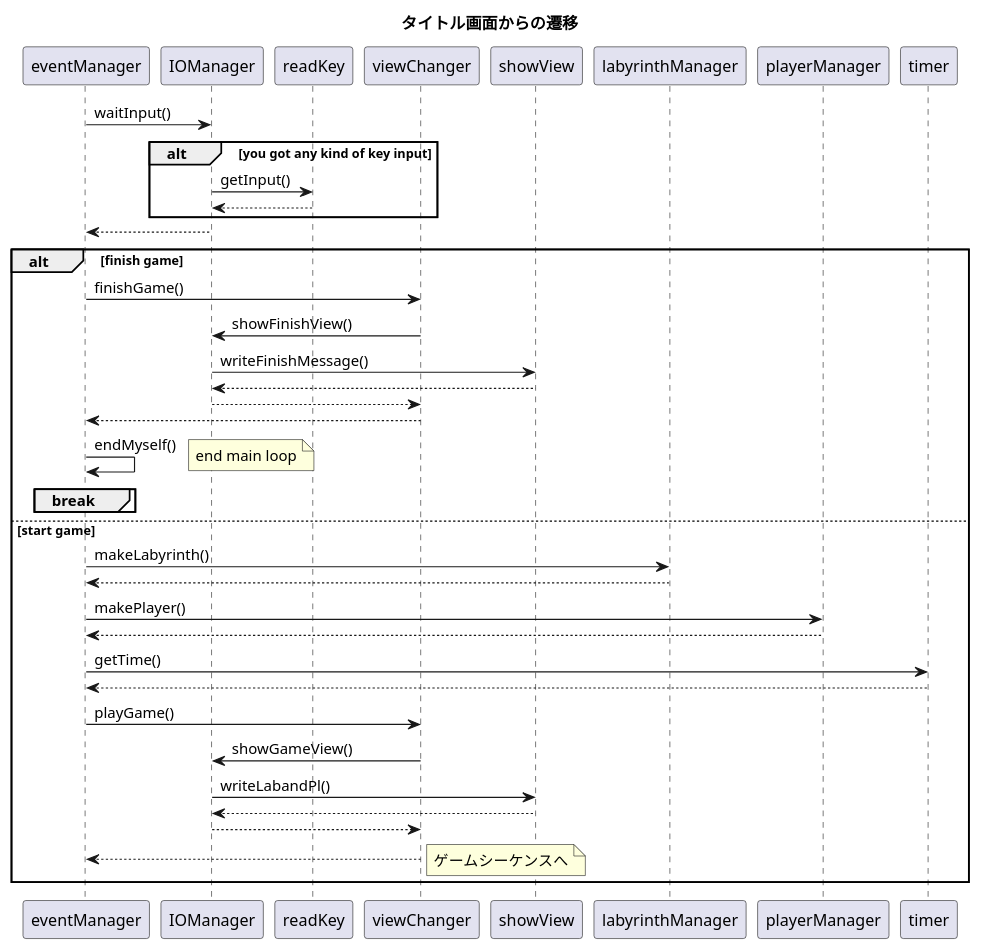
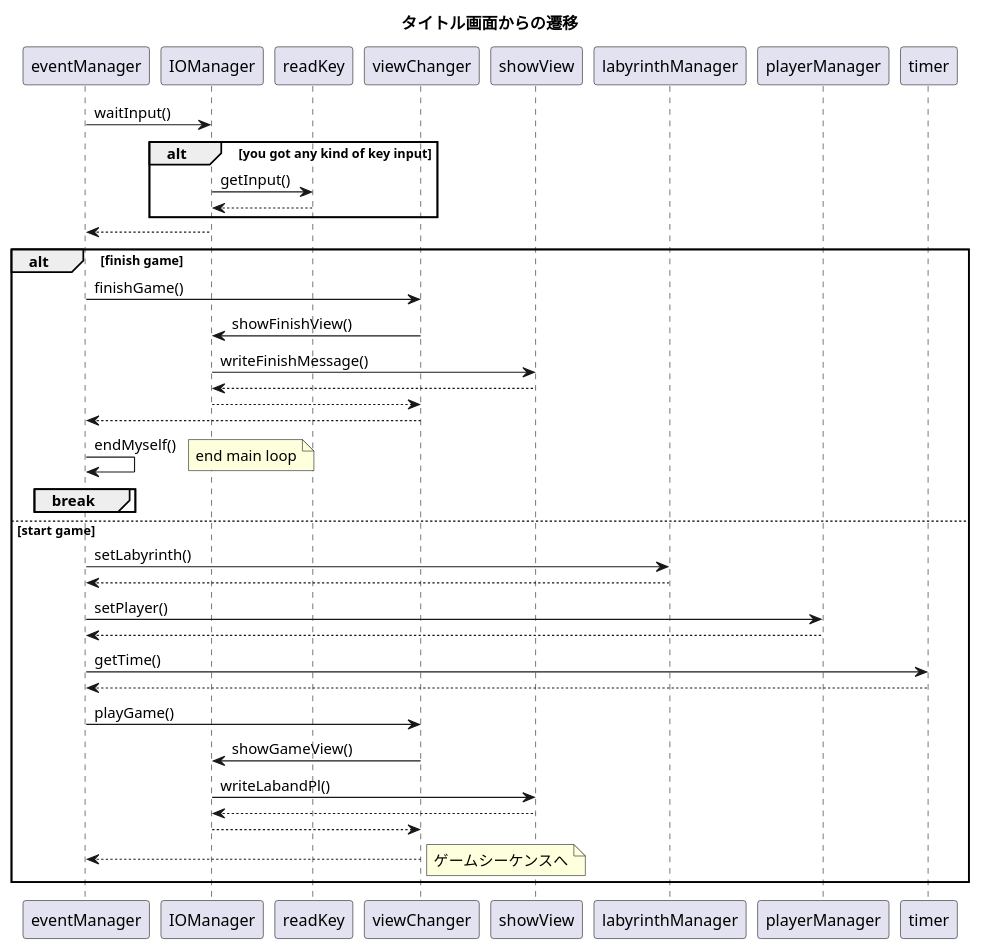
The diagram in Doc/S_startGame.pu (horiyoshihiro/LabyrinthGame), drawn with PlantUML before and after one commit. The commit also changed 21 other files, not shown here.

```diff
--- a/Doc/S_startGame.pu
+++ b/Doc/S_startGame.pu
@@ -1,50 +1,50 @@
 @startuml
 
 title タイトル画面からの遷移
 
 eventManager -> IOManager : waitInput()
     alt you got any kind of key input
         IOManager -> readKey : getInput()
         readKey --> IOManager
     end
 IOManager --> eventManager
 
 alt finish game
     eventManager -> viewChanger : finishGame()
         viewChanger -> IOManager : showFinishView()
             IOManager -> showView : writeFinishMessage()
             showView --> IOManager
         IOManager --> viewChanger
     viewChanger --> eventManager
     eventManager -> eventManager : endMyself()
     break
         note right
             end main loop
         end note
     end
 
 else start game
-    eventManager -> labyrinthManager : makeLabyrinth()
+    eventManager -> labyrinthManager : setLabyrinth()
     labyrinthManager --> eventManager
     
-    eventManager -> playerManager : makePlayer()
+    eventManager -> playerManager : setPlayer()
     playerManager -->eventManager
 
     eventManager -> timer : getTime()
     timer --> eventManager
 
     eventManager -> viewChanger : playGame()
         viewChanger -> IOManager : showGameView()
             IOManager -> showView : writeLabandPl()
             showView --> IOManager
         IOManager --> viewChanger
     viewChanger --> eventManager
 
     note right
         ゲームシーケンスへ
     end note
 
 end
 
 
 @enduml
```
